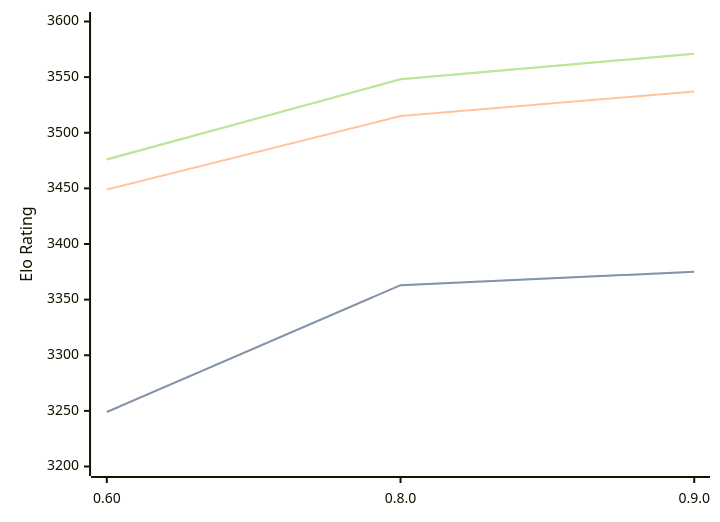
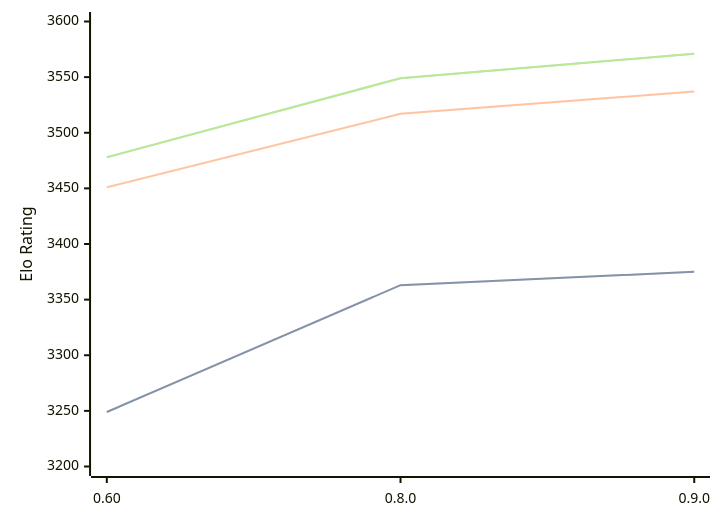
The diagram in engines/Motor.md (computer-chess-index/cci), drawn with Mermaid before and after one commit. The commit also changed other lines of this file, not shown here.

Commit message:
Update CCI Ratings (ELO VLTC) - 2026-05-01

````diff
--- a/engines/Motor.md
+++ b/engines/Motor.md
@@ -39,11 +39,11 @@
 ```mermaid
 %%{init: {"theme":"base","themeVariables":{"seriesColors:['#a3a3a3','#222221','#faa371']}}}%%
 xychart-beta
   x-axis ["0.60", "0.8.0", "0.9.0"]
   y-axis "Elo Rating" 3200 --> 3600
   line "STC (8.0+0.08s)" [3249, 3363, 3375]
   line "STC (8.0+0.08s)" [3249, 3363, 3375]
-  line "LTC (60.0+0.60s)" [3449, 3515, 3537]
-  line "VLTC (2m24s+1.12s)" [3476, 3548, 3571]
-  line "VLTC (2m24s+1.12s)" [3476, 3548, 3571]
+  line "LTC (60.0+0.60s)" [3451, 3517, 3537]
+  line "VLTC (2m24s+1.12s)" [3478, 3549, 3571]
+  line "VLTC (2m24s+1.12s)" [3478, 3549, 3571]
 ```
````
